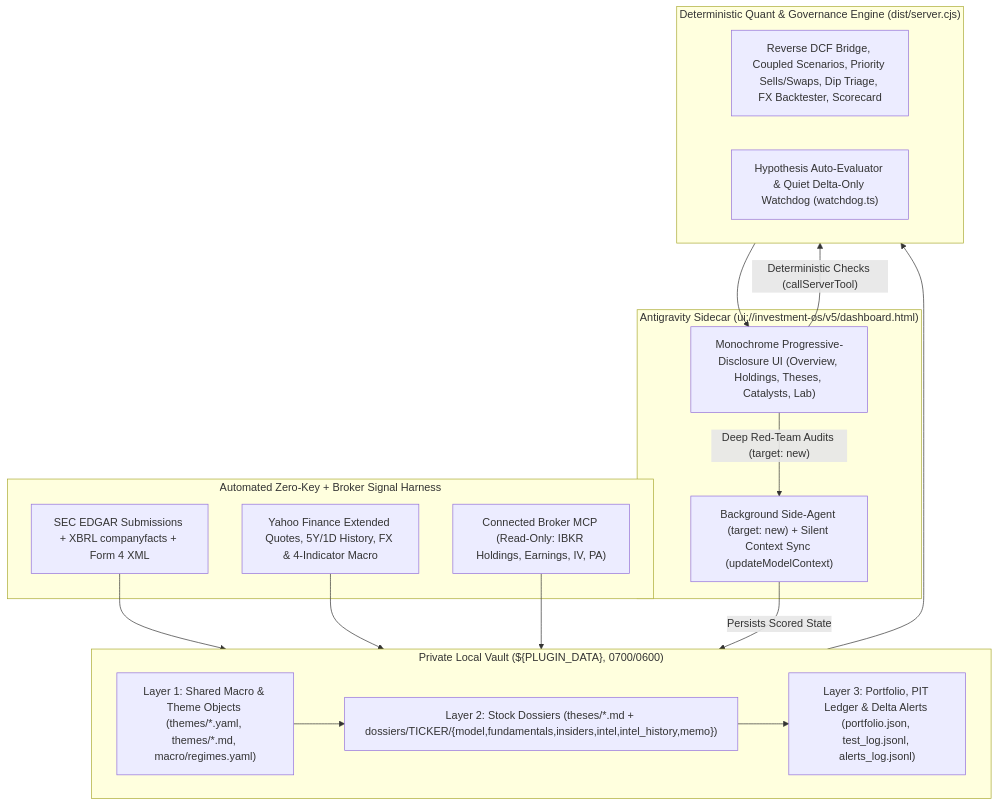
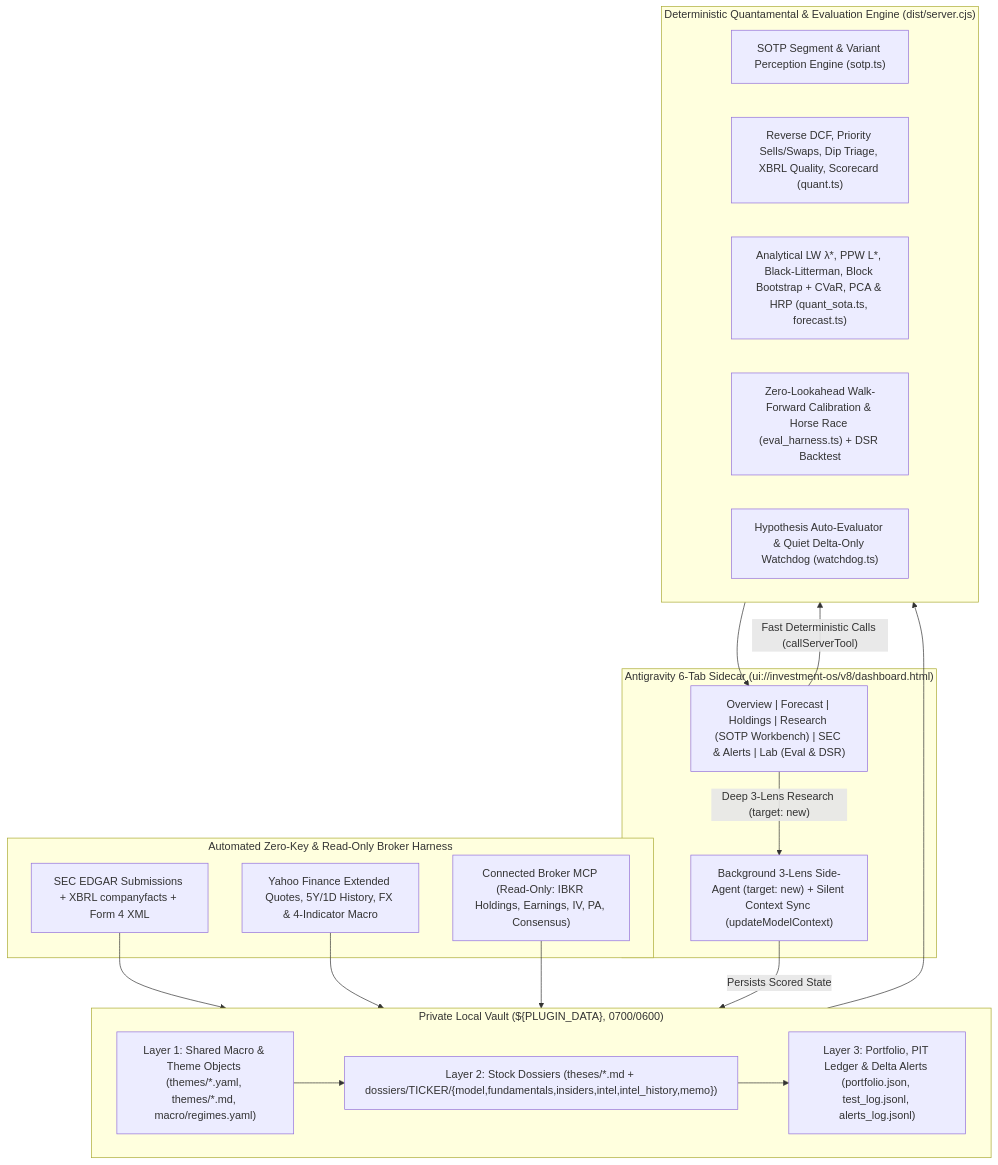
The diagram in docs/DESIGN.md (bakzs/investment-os-plugin), drawn with Mermaid before and after one commit. The commit also changed other lines of this file and 12 other files, not shown here.

Commit message:
chore(v0.8.0): refine Deep Research SOTP prompt/schema, refresh docs & manifest

````diff
--- a/docs/DESIGN.md
+++ b/docs/DESIGN.md
@@ -7,35 +7,38 @@
 ```mermaid
 flowchart TB
-  subgraph Signals["Automated Zero-Key + Broker Signal Harness"]
+  subgraph Signals["Automated Zero-Key & Read-Only Broker Harness"]
     SEC["SEC EDGAR Submissions + XBRL companyfacts + Form 4 XML"]
     YF["Yahoo Finance Extended Quotes, 5Y/1D History, FX & 4-Indicator Macro"]
-    IBKR["Connected Broker MCP (Read-Only: IBKR Holdings, Earnings, IV, PA)"]
+    IBKR["Connected Broker MCP (Read-Only: IBKR Holdings, Earnings, IV, PA, Consensus)"]
   end
 
   subgraph Vault["Private Local Vault (${PLUGIN_DATA}, 0700/0600)"]
     L1["Layer 1: Shared Macro & Theme Objects (themes/*.yaml, themes/*.md, macro/regimes.yaml)"]
     L2["Layer 2: Stock Dossiers (theses/*.md + dossiers/TICKER/{model,fundamentals,insiders,intel,intel_history,memo})"]
     L3["Layer 3: Portfolio, PIT Ledger & Delta Alerts (portfolio.json, test_log.jsonl, alerts_log.jsonl)"]
   end
 
-  subgraph Engine["Deterministic Quant & Governance Engine (dist/server.cjs)"]
-    Quant["Reverse DCF Bridge, Coupled Scenarios, Priority Sells/Swaps, Dip Triage, FX Backtester, Scorecard"]
+  subgraph Engine["Deterministic Quantamental & Evaluation Engine (dist/server.cjs)"]
+    SOTP["SOTP Segment & Variant Perception Engine (sotp.ts)"]
+    Quant["Reverse DCF, Priority Sells/Swaps, Dip Triage, XBRL Quality, Scorecard (quant.ts)"]
+    SOTA["Analytical LW λ*, PPW L*, Black-Litterman, Block Bootstrap + CVaR, PCA & HRP (quant_sota.ts, forecast.ts)"]
+    Eval["Zero-Lookahead Walk-Forward Calibration & Horse Race (eval_harness.ts) + DSR Backtest"]
     Watchdog["Hypothesis Auto-Evaluator & Quiet Delta-Only Watchdog (watchdog.ts)"]
   end
 
-  subgraph UX["Antigravity Sidecar (ui://investment-os/v5/dashboard.html)"]
-    UI["Monochrome Progressive-Disclosure UI (Overview, Holdings, Theses, Catalysts, Lab)"]
-    BgAgent["Background Side-Agent (target: new) + Silent Context Sync (updateModelContext)"]
+  subgraph UX["Antigravity 6-Tab Sidecar (ui://investment-os/v8/dashboard.html)"]
+    UI["Overview | Forecast | Holdings | Research (SOTP Workbench) | SEC & Alerts | Lab (Eval & DSR)"]
+    BgAgent["Background 3-Lens Side-Agent (target: new) + Silent Context Sync (updateModelContext)"]
   end
 
   SEC --> Vault
   YF --> Vault
   IBKR --> Vault
   L1 --> L2
   L2 --> L3
   Vault --> Engine
   Engine --> UI
-  UI -->|"Deterministic Checks (callServerTool)"| Engine
-  UI -->|"Deep Red-Team Audits (target: new)"| BgAgent
+  UI -->|"Fast Deterministic Calls (callServerTool)"| Engine
+  UI -->|"Deep 3-Lens Research (target: new)"| BgAgent
   BgAgent -->|"Persists Scored State"| Vault
 ```
````
